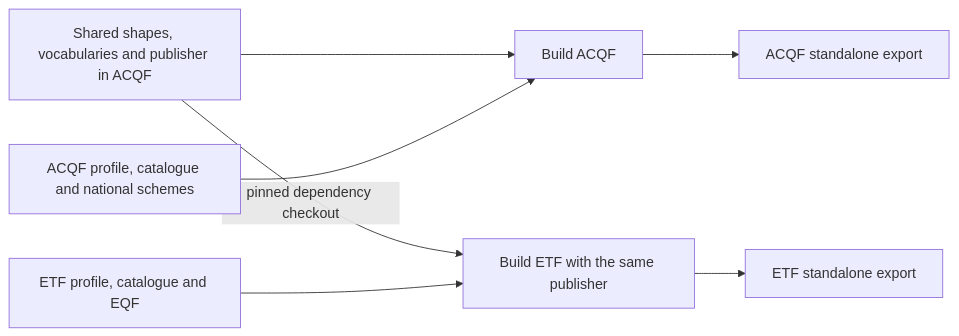
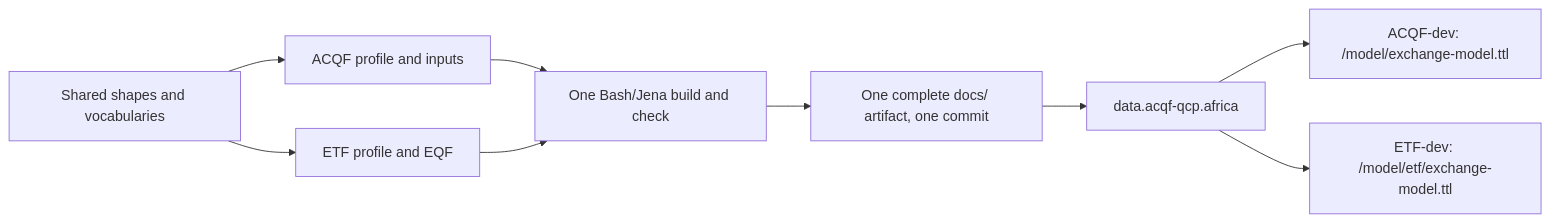
One commit to cognizone/acqf-qcp-public changed the diagram in publication/README.md. Above: the diagram before and after it, drawn with Mermaid. The commit also changed other lines of this file and 19 other files, not shown here.

Commit message:
Consolidate ACQF and ETF publication into one dev2 site preview

````diff
--- a/publication/README.md
+++ b/publication/README.md
@@ -21,9 +19,11 @@
 ```mermaid
 flowchart LR
-    common["Shared shapes, vocabularies and publisher in ACQF"] --> acqfBuild["Build ACQF"]
-    acqf["ACQF profile, catalogue and national schemes"] --> acqfBuild
-    acqfBuild --> acqfOut["ACQF standalone export"]
-    common -->|pinned dependency checkout| etfBuild["Build ETF with the same publisher"]
-    etf["ETF profile, catalogue and EQF"] --> etfBuild
-    etfBuild --> etfOut["ETF standalone export"]
+    shared["Shared shapes and vocabularies"] --> acqf["ACQF profile and inputs"]
+    shared --> etf["ETF profile and EQF"]
+    acqf --> build["One Bash/Jena build and check"]
+    etf --> build
+    build --> site["One complete docs/ artifact, one commit"]
+    site --> host["data.acqf-qcp.africa"]
+    host --> acqfApp["ACQF-dev: /model/exchange-model.ttl"]
+    host --> etfApp["ETF-dev: /model/etf/exchange-model.ttl"]
 ```
````
